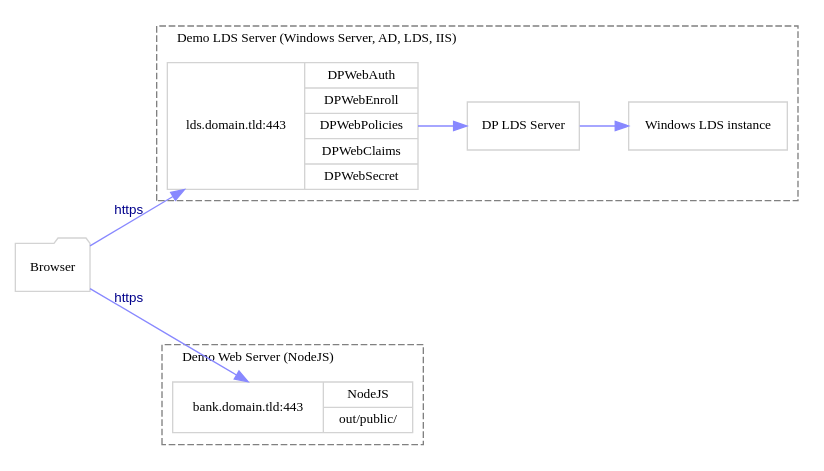
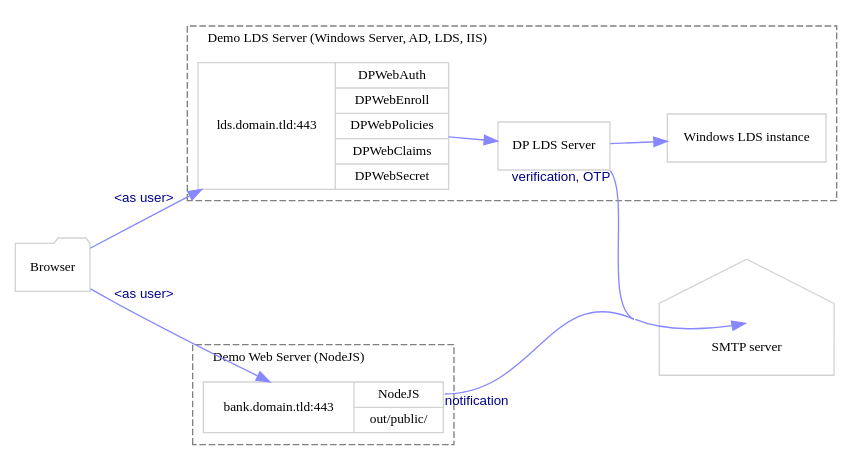
Before and after one commit to truecolor1021/digitalpersona-sample-angularjs: the diagram in docs/infrastructure.dot, drawn with Graphviz. The commit also changed 3 other files, not shown here.

Commit message:
* updated deployment diagram; evaluating PlantUML

```diff
--- a/docs/infrastructure.dot
+++ b/docs/infrastructure.dot
@@ -1,59 +1,62 @@
 digraph {
     layout=dot;
     rankdir=LR;
     newrank=true;
     compound=true;
     concentrate=true;
     nodesep=1;
     ranksep=0.5;
     splines=true;
     label=""
     graph[
         style=dashed; color=gray;
         fontname="Lucida Console"; fontsize=10; fontcolor=black;
         labelloc=top; labeljust=left;
     ];
     node [
         shape=record; color=lightgray;
         fontname="Lucida Console"; fontsize=10; fontcolor=black;
     ];
     edge [
         color="#8888FF";
         fontname="Arial"; fontsize=10; fontcolor=darkblue;
     ]
 
     subgraph cluster_LDS {
         label="Demo LDS Server (Windows Server, AD, LDS, IIS)";
         lds_instance[ label="
             Windows LDS instance
         "];
         lds_server[ label="
-            DP LDS Server
+            <dphost>DP LDS Server
         "];
         lds_web[ label="
             {<confirm>lds.domain.tld:443|
             {DPWebAuth
             |DPWebEnroll
             |DPWebPolicies
             |DPWebClaims
             |DPWebSecret
             }}"];
     }
 
     subgraph cluster_WEB {
         label="Demo Web Server (NodeJS)";
         bank [ label="
             {<site> bank.domain.tld:443|
             {<nodejs> NodeJS
             |<public> out/public/
             }}"];
     }
 
-    Browser [ shape="folder" ]
+    Browser [ shape="folder" ];
+    SMTP [ shape="house" label="\n\n\nSMTP server" ];
 
-    Browser -> { rank=same; bank:site, lds_web:confirm } [ label="https" ];
+    Browser -> { rank=same; bank:site, lds_web:confirm } [ label="<as user>" ];
     lds_web -> lds_server;
     lds_server -> lds_instance;
-    bank:nodejs -> lds_web:confirm [ label="https" ];
+    bank:nodejs -> lds_web:confirm [ taillabel="<as officer>" ];
+    lds_server:dphost -> SMTP [ taillabel="verification, OTP"];
+    bank:nodejs -> SMTP [ taillabel="notification"];
 
 }
```
